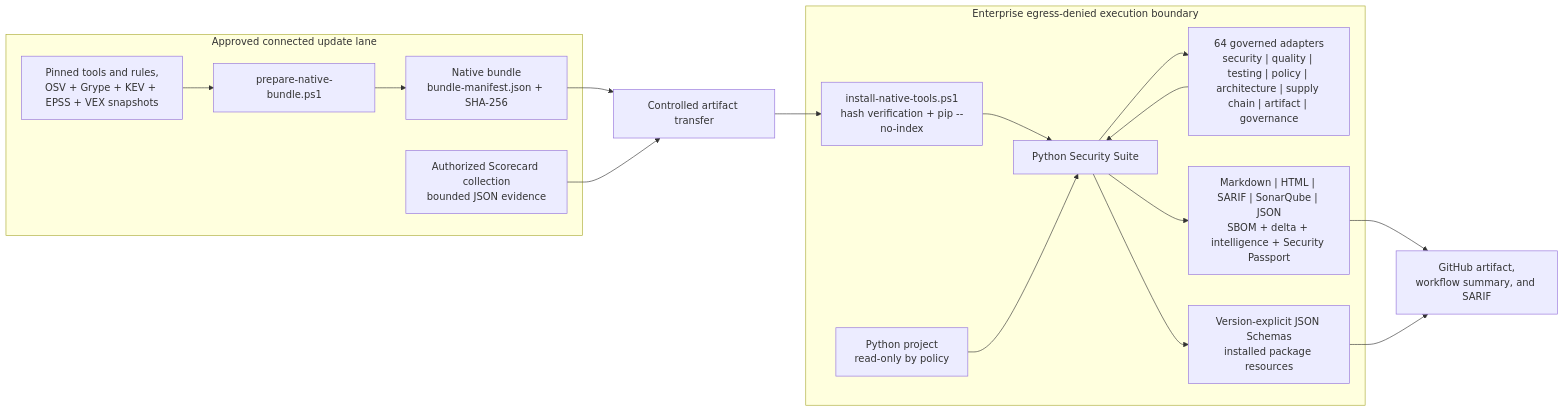
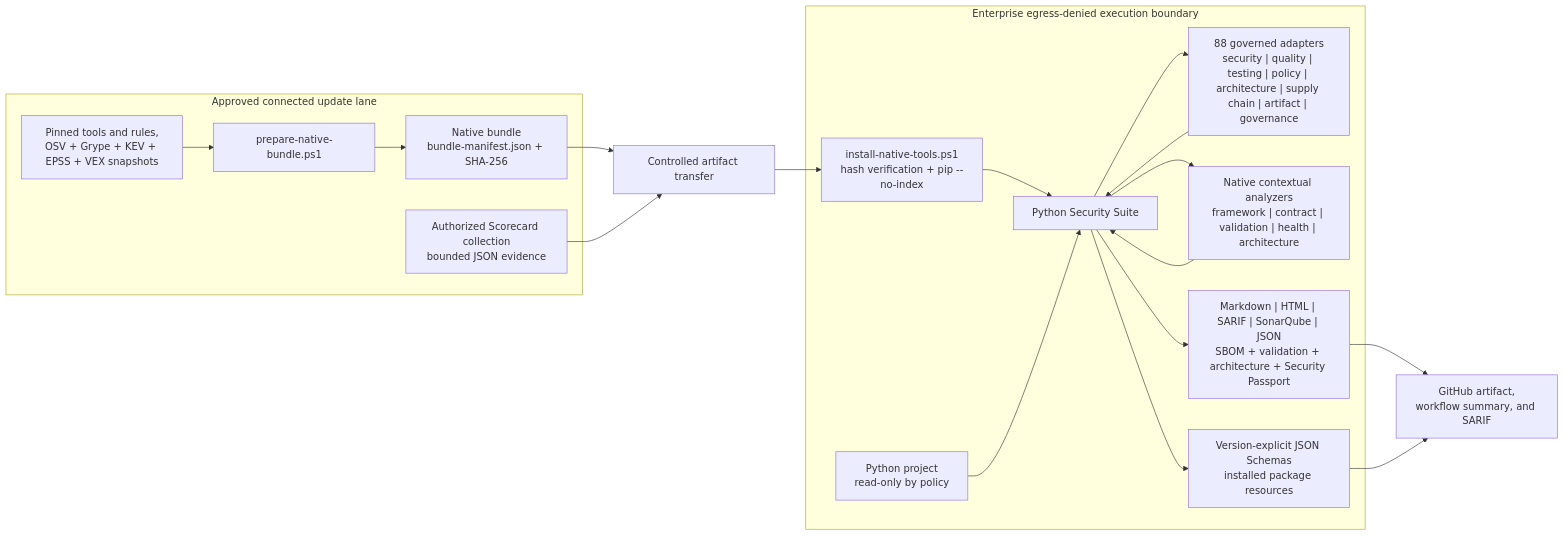
One commit to willtran87/project-py-security-suite changed the first of 17 diagrams in docs/design.md. Above: the diagram before and after it, drawn with Mermaid. The commit also changed other lines of this file and 5 other files, not shown here.

Commit message:
docs: synchronize analysis architecture and evidence

````diff
--- a/docs/design.md
+++ b/docs/design.md
@@ -29,34 +29,37 @@
 ```mermaid
 flowchart LR
     subgraph Connected["Approved connected update lane"]
         Prep["prepare-native-bundle.ps1"]
         Sources["Pinned tools and rules,<br/>OSV + Grype + KEV + EPSS + VEX snapshots"]
         ScorecardCollect["Authorized Scorecard collection<br/>bounded JSON evidence"]
         Bundle["Native bundle<br/>bundle-manifest.json + SHA-256"]
         Sources --> Prep --> Bundle
     end
 
     Transfer["Controlled artifact transfer"]
 
     subgraph Boundary["Enterprise egress-denied execution boundary"]
         Install["install-native-tools.ps1<br/>hash verification + pip --no-index"]
         Project["Python project<br/>read-only by policy"]
         Suite["Python Security Suite"]
-        Scanners["64 governed adapters<br/>security | quality | testing | policy | architecture | supply chain | artifact | governance"]
-        Reports["Markdown | HTML | SARIF | SonarQube | JSON<br/>SBOM + delta + intelligence + Security Passport"]
+        Scanners["88 governed adapters<br/>security | quality | testing | policy | architecture | supply chain | artifact | governance"]
+        Analyzers["Native contextual analyzers<br/>framework | contract | validation | health | architecture"]
+        Reports["Markdown | HTML | SARIF | SonarQube | JSON<br/>SBOM + validation + architecture + Security Passport"]
         Contracts["Version-explicit JSON Schemas<br/>installed package resources"]
         Install --> Suite
         Project --> Suite
         Suite --> Scanners
         Scanners --> Suite
+        Suite --> Analyzers
+        Analyzers --> Suite
         Suite --> Reports
         Suite --> Contracts
     end
 
     GitHub["GitHub artifact,<br/>workflow summary, and SARIF"]
 
     Bundle --> Transfer --> Install
     ScorecardCollect --> Transfer
     Reports --> GitHub
     Contracts --> GitHub
 ```
````
